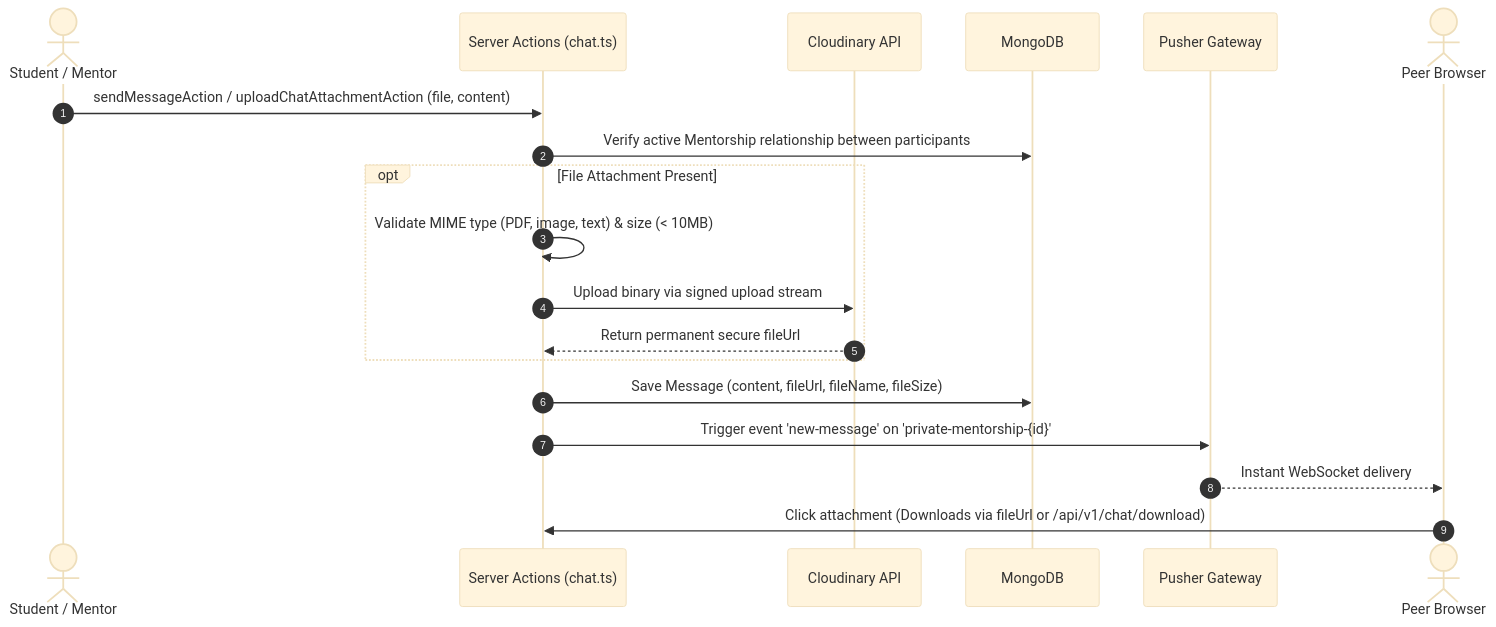
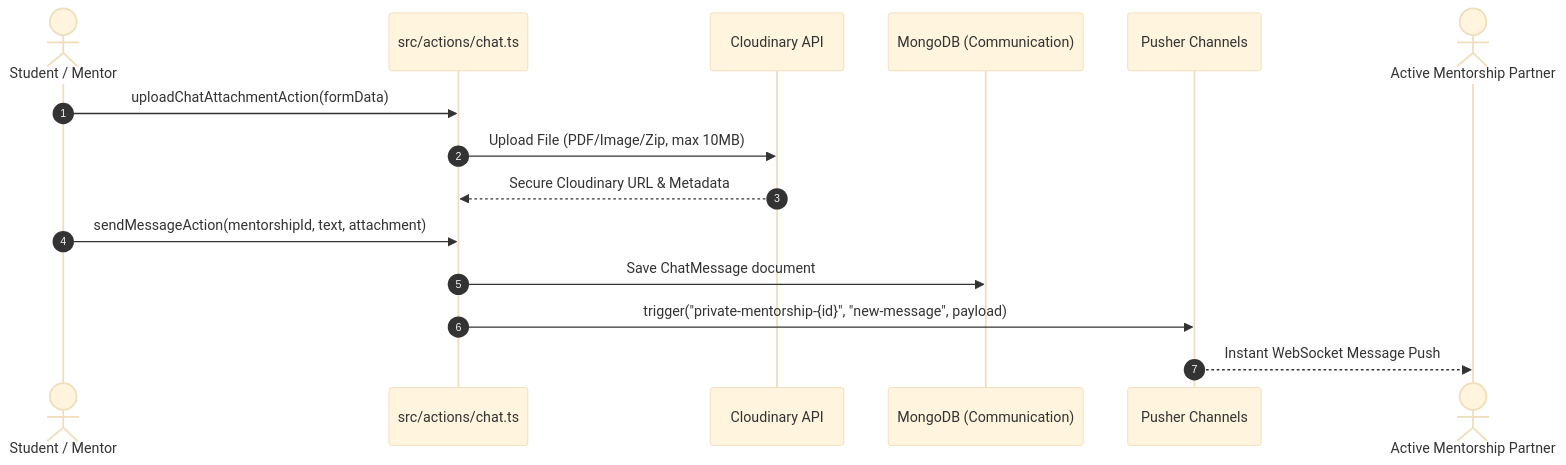
The sixth of 6 diagrams in README.md (ayuush224/Alumini-Mentorship-and-Career-Network), drawn with Mermaid (base theme) before and after one commit. The commit also changed other lines of this file and 67 other files, not shown here.

Commit message:
refactor project folder architecture and publish comprehensive documentation

````diff
--- a/README.md
+++ b/README.md
@@ -878,22 +322,18 @@
 ```mermaid
 sequenceDiagram
     autonumber
     actor Sender as Student / Mentor
-    participant Actions as Server Actions (chat.ts)
+    participant Actions as src/actions/chat.ts
     participant Cloudinary as Cloudinary API
-    participant DB as MongoDB
-    participant Pusher as Pusher Gateway
-    actor Recipient as Peer Browser
+    participant DB as MongoDB (Communication)
+    participant Pusher as Pusher Channels
+    actor Recipient as Active Mentorship Partner
 
-    Sender->>Actions: sendMessageAction / uploadChatAttachmentAction (file, content)
-    Actions->>DB: Verify active Mentorship relationship between participants
-    opt File Attachment Present
-        Actions->>Actions: Validate MIME type (PDF, image, text) & size (< 10MB)
-        Actions->>Cloudinary: Upload binary via signed upload stream
-        Cloudinary-->>Actions: Return permanent secure fileUrl
-    end
-    Actions->>DB: Save Message (content, fileUrl, fileName, fileSize)
-    Actions->>Pusher: Trigger event 'new-message' on 'private-mentorship-{id}'
-    Pusher-->>Recipient: Instant WebSocket delivery
-    Recipient->>Actions: Click attachment (Downloads via fileUrl or /api/v1/chat/download)
+    Sender->>Actions: uploadChatAttachmentAction(formData)
+    Actions->>Cloudinary: Upload File (PDF/Image/Zip, max 10MB)
+    Cloudinary-->>Actions: Secure Cloudinary URL & Metadata
+    Sender->>Actions: sendMessageAction(mentorshipId, text, attachment)
+    Actions->>DB: Save ChatMessage document
+    Actions->>Pusher: trigger("private-mentorship-{id}", "new-message", payload)
+    Pusher-->>Recipient: Instant WebSocket Message Push
 ```
````
